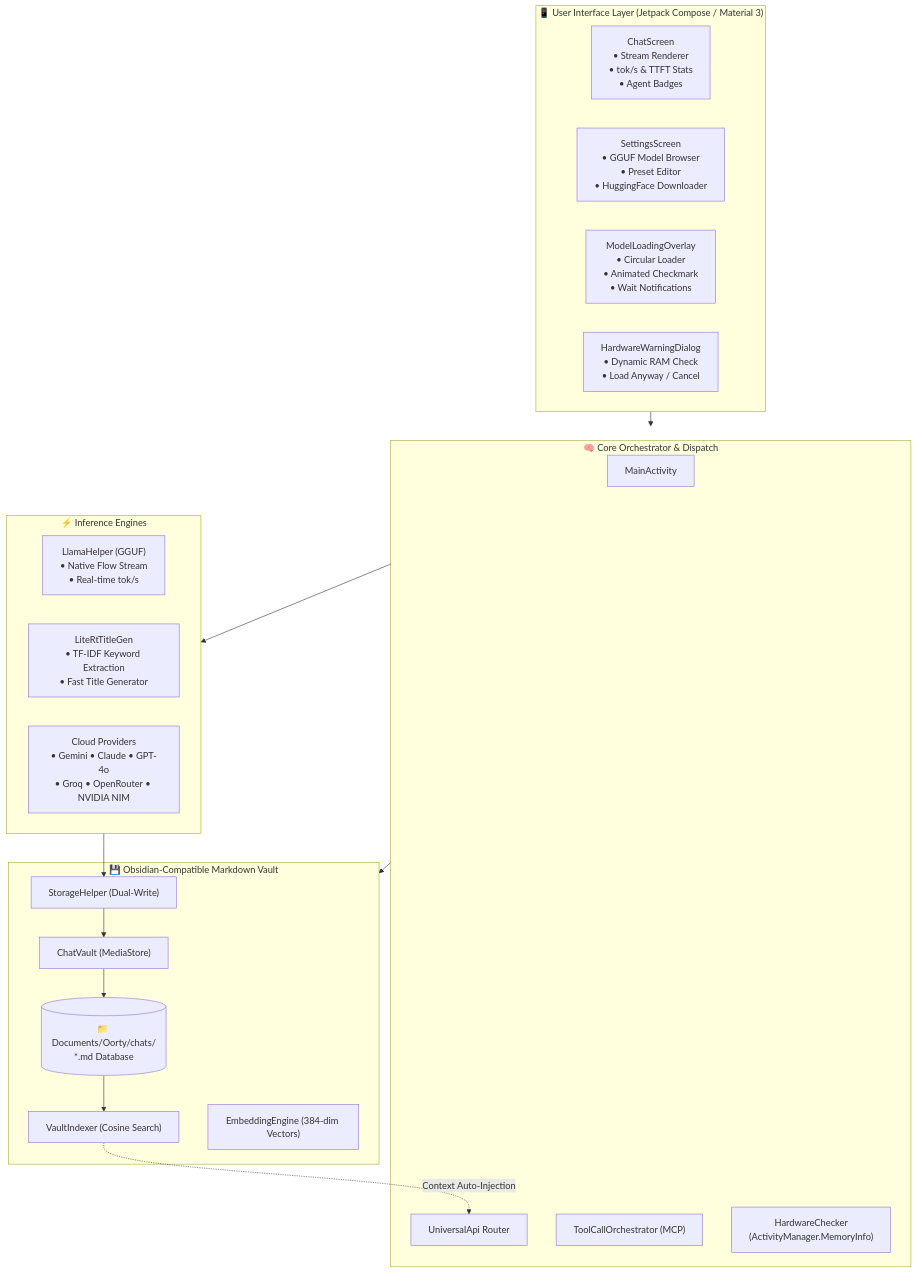
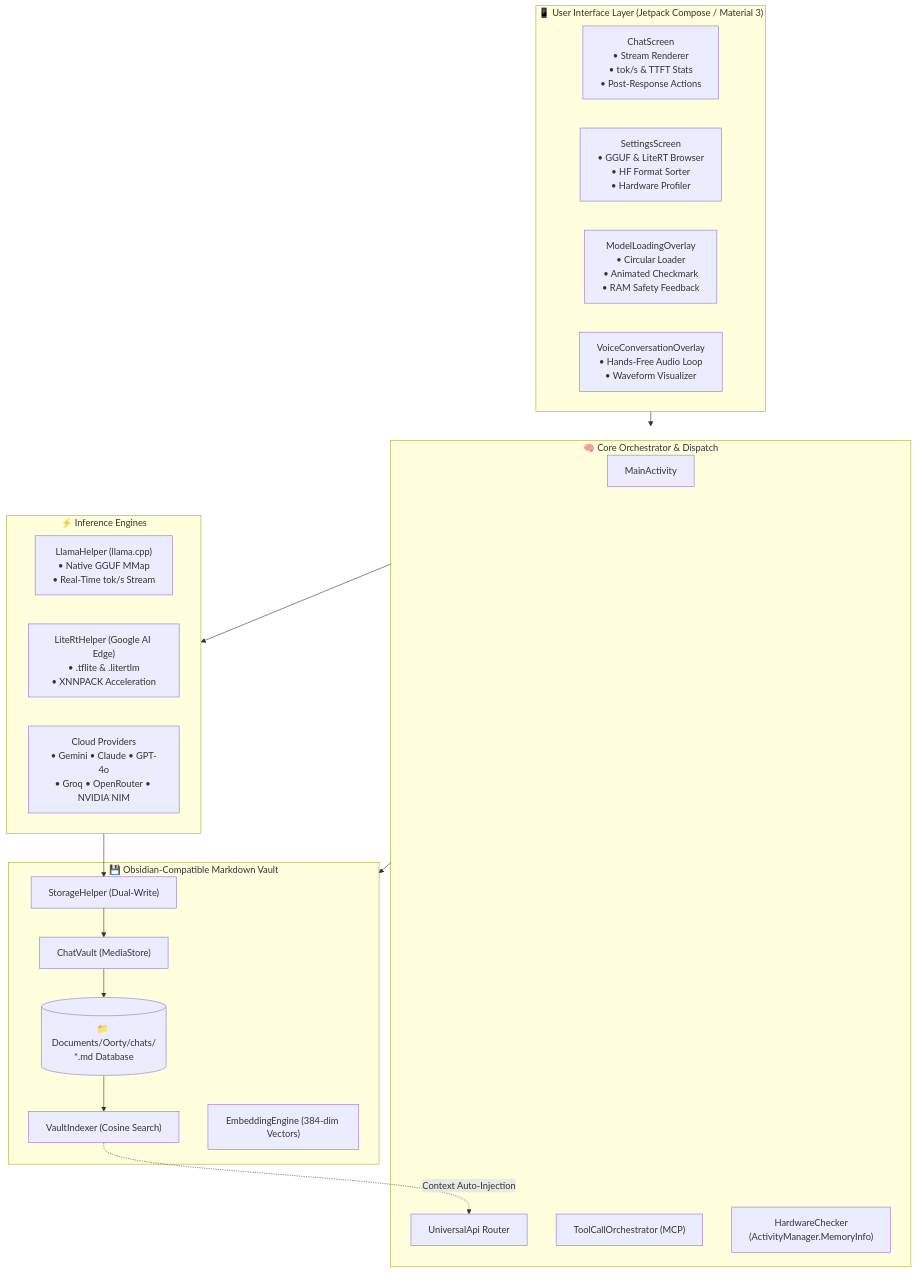
The diagram in README.md (Sednium-Technologies/OORTY), drawn with Mermaid before and after one commit. The commit also changed other lines of this file and 52 other files, not shown here.

Commit message:
feat(v2.0.0): release Oorty v2 with zero-mock dual-engine on-device inference, live voice mode, Lucide UI revamp, and transparent branding

````diff
--- a/README.md
+++ b/README.md
@@ -84,39 +113,39 @@
 ```mermaid
 flowchart TD
     subgraph UI ["📱 User Interface Layer (Jetpack Compose / Material 3)"]
-        ChatScreen["ChatScreen\n• Stream Renderer\n• tok/s & TTFT Stats\n• Agent Badges"]
-        SettingsScreen["SettingsScreen\n• GGUF Model Browser\n• Preset Editor\n• HuggingFace Downloader"]
-        Overlay["ModelLoadingOverlay\n• Circular Loader\n• Animated Checkmark\n• Wait Notifications"]
-        RAMDialog["HardwareWarningDialog\n• Dynamic RAM Check\n• Load Anyway / Cancel"]
+        ChatScreen["ChatScreen\n• Stream Renderer\n• tok/s & TTFT Stats\n• Post-Response Actions"]
+        SettingsScreen["SettingsScreen\n• GGUF & LiteRT Browser\n• HF Format Sorter\n• Hardware Profiler"]
+        Overlay["ModelLoadingOverlay\n• Circular Loader\n• Animated Checkmark\n• RAM Safety Feedback"]
+        LiveMode["VoiceConversationOverlay\n• Hands-Free Audio Loop\n• Waveform Visualizer"]
     end
 
     subgraph Core ["🧠 Core Orchestrator & Dispatch"]
         MainAct["MainActivity"]
         UniversalAPI["UniversalApi Router"]
         Orchestrator["ToolCallOrchestrator (MCP)"]
         HardwareChecker["HardwareChecker\n(ActivityManager.MemoryInfo)"]
     end
 
     subgraph Engines ["⚡ Inference Engines"]
-        LlamaHelper["LlamaHelper (GGUF)\n• Native Flow Stream\n• Real-time tok/s"]
-        LiteRTTitle["LiteRtTitleGen\n• TF-IDF Keyword Extraction\n• Fast Title Generator"]
+        LlamaEngine["LlamaHelper (llama.cpp)\n• Native GGUF MMap\n• Real-Time tok/s Stream"]
+        LiteRtEngine["LiteRtHelper (Google AI Edge)\n• .tflite & .litertlm\n• XNNPACK Acceleration"]
         CloudAPIs["Cloud Providers\n• Gemini • Claude • GPT-4o\n• Groq • OpenRouter • NVIDIA NIM"]
     end
 
     subgraph Storage ["💾 Obsidian-Compatible Markdown Vault"]
         StorageHelper["StorageHelper (Dual-Write)"]
         ChatVault["ChatVault (MediaStore)"]
         VaultIndexer["VaultIndexer (Cosine Search)"]
         EmbeddingEngine["EmbeddingEngine (384-dim Vectors)"]
         DiskVault[("📁 Documents/Oorty/chats/\n*.md Database")]
     end
 
     UI --> Core
     Core --> Engines
     Core --> Storage
     Engines --> StorageHelper
     StorageHelper --> ChatVault
     ChatVault --> DiskVault
     DiskVault --> VaultIndexer
     VaultIndexer -.->|Context Auto-Injection| UniversalAPI
 ```
````
